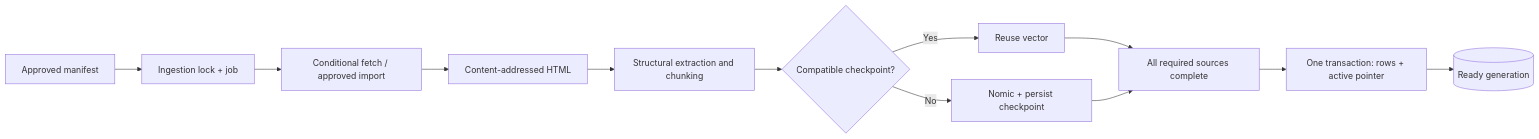
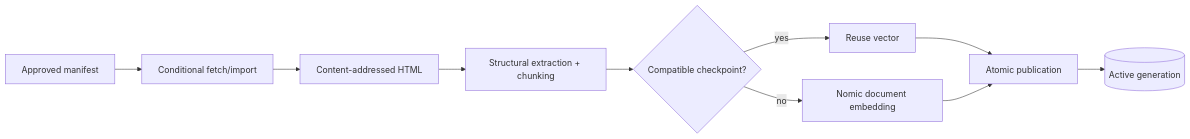
Before and after one commit to arpanc7/aws-tech-support-agent: the fourth of 4 diagrams in docs/design.md, drawn with Mermaid. The commit also changed other lines of this file and 34 other files, not shown here.

````diff
--- a/docs/design.md
+++ b/docs/design.md
@@ -81,14 +97,12 @@
 ```mermaid
 flowchart LR
-    Manifest[Approved manifest] --> Lock[Ingestion lock + job]
-    Lock --> Fetch[Conditional fetch / approved import]
+    Manifest[Approved manifest] --> Fetch[Conditional fetch/import]
     Fetch --> Snapshot[Content-addressed HTML]
-    Snapshot --> Parse[Structural extraction and chunking]
+    Snapshot --> Parse[Structural extraction + chunking]
     Parse --> Check{Compatible checkpoint?}
-    Check -->|Yes| Reuse[Reuse vector]
-    Check -->|No| Embed[Nomic + persist checkpoint]
-    Reuse --> Complete[All required sources complete]
-    Embed --> Complete
-    Complete --> Publish[One transaction: rows + active pointer]
-    Publish --> Ready[(Ready generation)]
+    Check -->|yes| Reuse[Reuse vector]
+    Check -->|no| Embed[Nomic document embedding]
+    Reuse --> Publish[Atomic publication]
+    Embed --> Publish
+    Publish --> Ready[(Active generation)]
 ```
````
